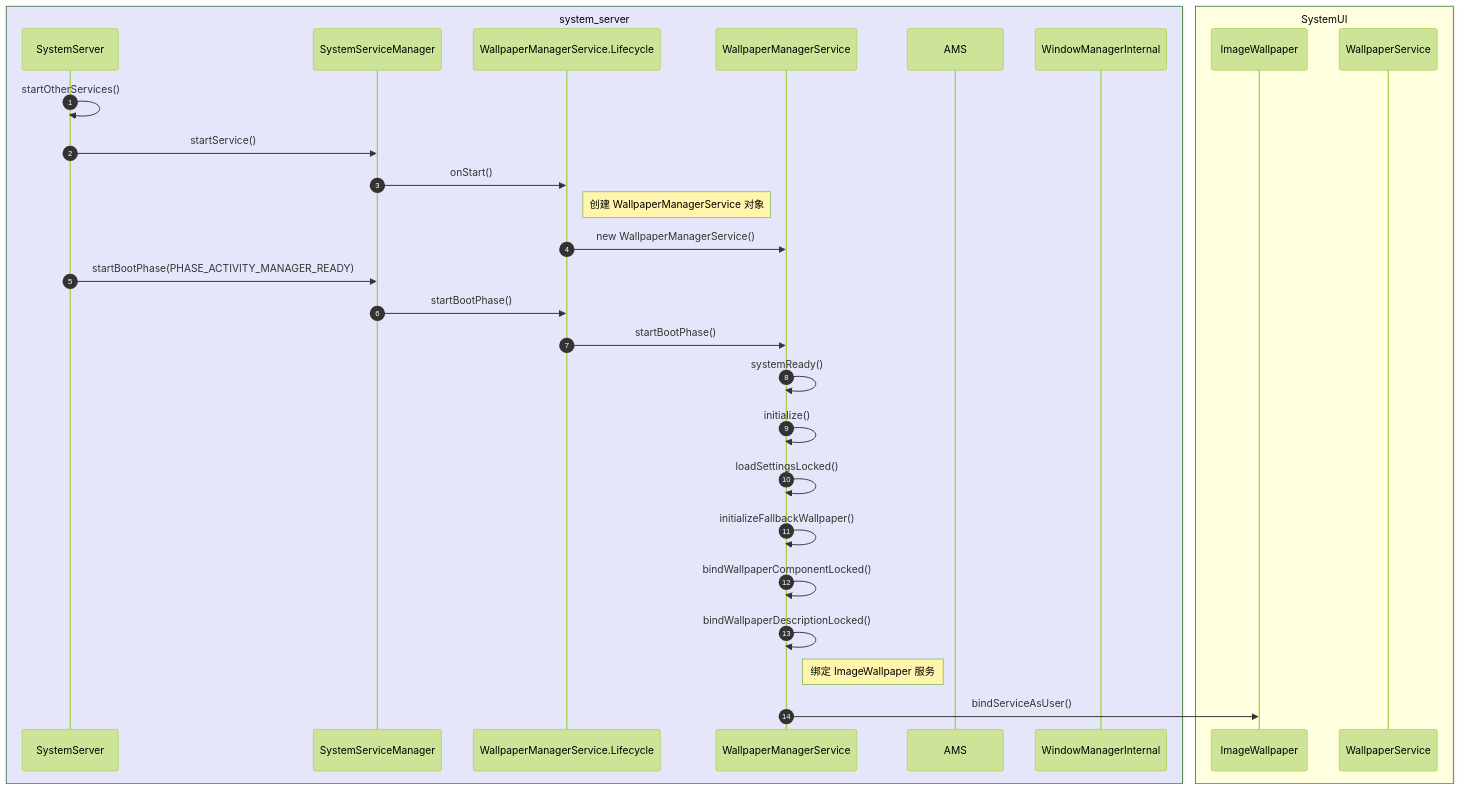
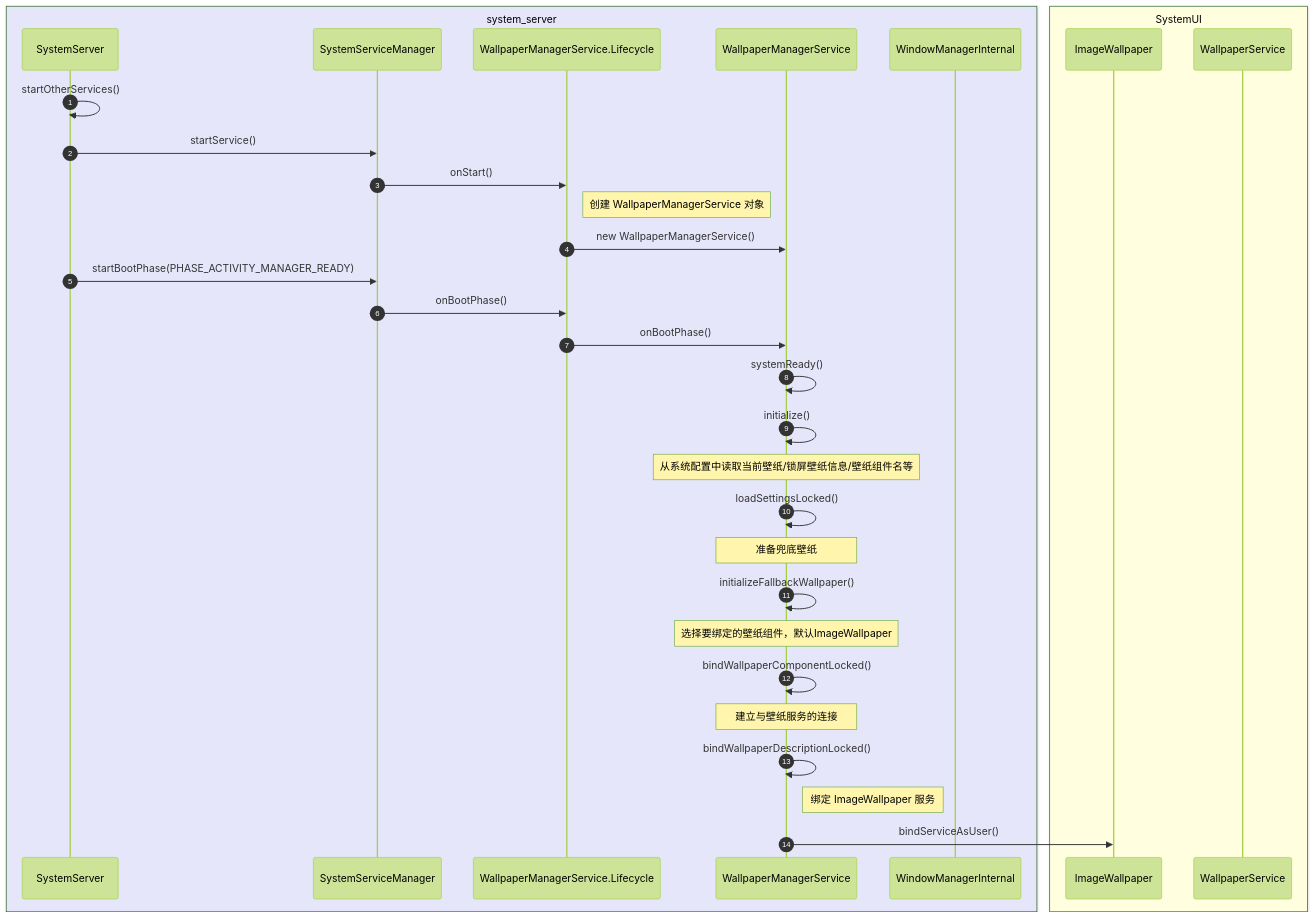
Before and after one commit to rangerzhou/rangerzhou.github.io: the first of 3 diagrams in source/_posts/Android/AndroidDevelop_040_FlashBlack.md, drawn with Mermaid (forest theme). The commit also changed other lines of this file and 2 other files, not shown here.

````diff
--- a/source/_posts/Android/AndroidDevelop_040_FlashBlack.md
+++ b/source/_posts/Android/AndroidDevelop_040_FlashBlack.md
@@ -20,35 +20,38 @@
 ``` mermaid
 sequenceDiagram
 autonumber
 box Lavender system_server
 participant SystemServer
 participant SystemServiceManager
 participant WallpaperManagerService.Lifecycle
 participant WallpaperManagerService
-participant AMS
 participant WindowManagerInternal
 end
 
 box LightYellow SystemUI
 participant ImageWallpaper
 participant WallpaperService
 end
 
 SystemServer ->> SystemServer:startOtherServices()
 SystemServer ->> SystemServiceManager:startService()
 SystemServiceManager ->> WallpaperManagerService.Lifecycle:onStart()
 Note right of WallpaperManagerService.Lifecycle:创建 WallpaperManagerService 对象
 WallpaperManagerService.Lifecycle ->> WallpaperManagerService:new WallpaperManagerService()
 SystemServer ->> SystemServiceManager:startBootPhase(PHASE_ACTIVITY_MANAGER_READY)
-SystemServiceManager ->> WallpaperManagerService.Lifecycle:startBootPhase()
-WallpaperManagerService.Lifecycle ->> WallpaperManagerService:startBootPhase()
+SystemServiceManager ->> WallpaperManagerService.Lifecycle:onBootPhase()
+WallpaperManagerService.Lifecycle ->> WallpaperManagerService:onBootPhase()
 WallpaperManagerService ->> WallpaperManagerService:systemReady()
 WallpaperManagerService ->> WallpaperManagerService:initialize()
+Note over WallpaperManagerService:从系统配置中读取当前壁纸/锁屏壁纸信息/壁纸组件名等
 WallpaperManagerService ->> WallpaperManagerService:loadSettingsLocked()
+Note over WallpaperManagerService:准备兜底壁纸
 WallpaperManagerService ->> WallpaperManagerService:initializeFallbackWallpaper()
+Note over WallpaperManagerService:选择要绑定的壁纸组件，默认ImageWallpaper
 WallpaperManagerService ->> WallpaperManagerService:bindWallpaperComponentLocked()
+Note over WallpaperManagerService:建立与壁纸服务的连接
 WallpaperManagerService ->> WallpaperManagerService:bindWallpaperDescriptionLocked()
 Note right of WallpaperManagerService:绑定 ImageWallpaper 服务
 WallpaperManagerService ->> ImageWallpaper:bindServiceAsUser()
 
 ```
````
